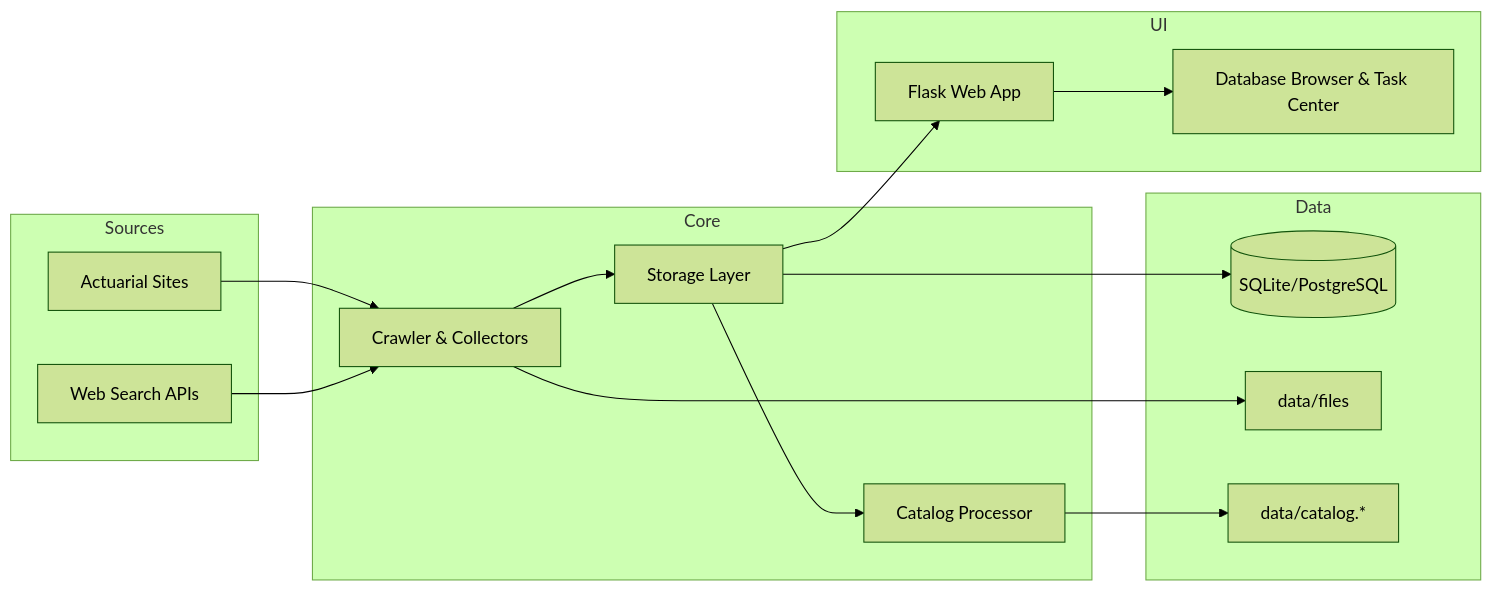
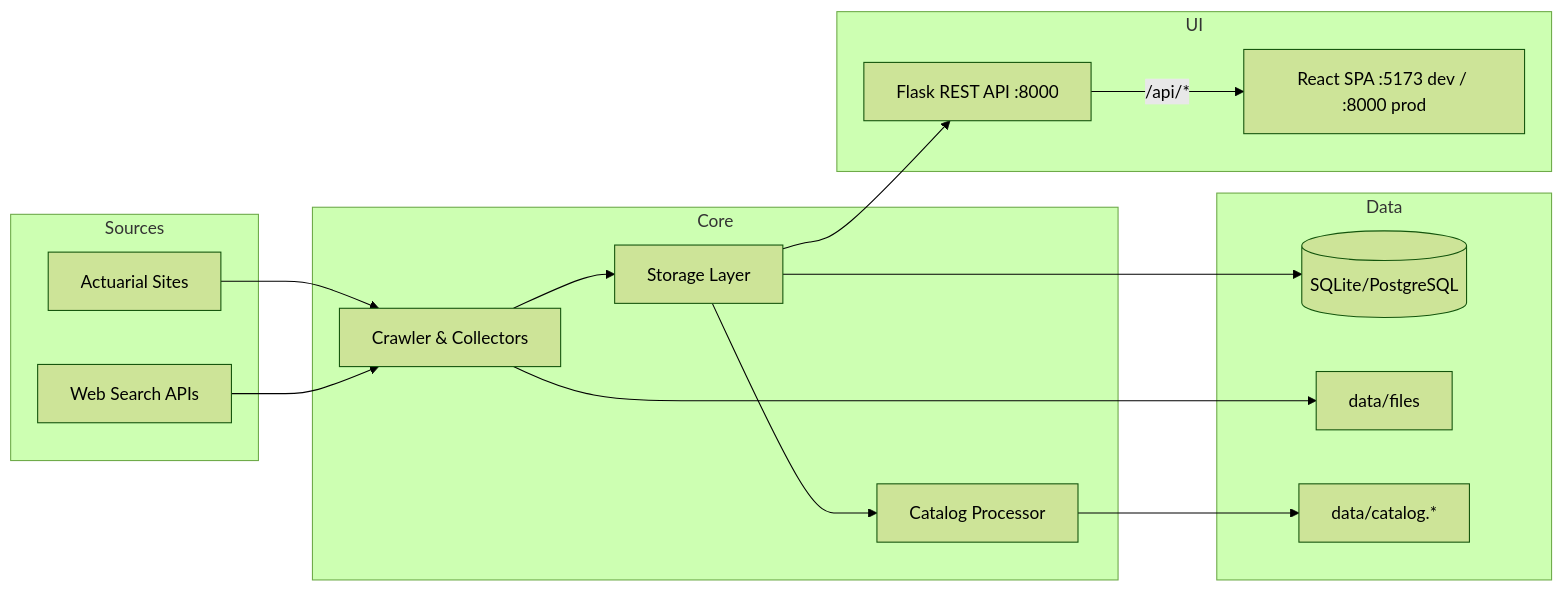
The diagram in README.md (ferryhe/AI_actuarial_inforsearch), drawn with Mermaid (forest theme) before and after one commit. The commit also changed other lines of this file and 1 other file, not shown here.

Commit message:
Add frontend architecture explanation and startup guide to README

````diff
--- a/README.md
+++ b/README.md
@@ -147,31 +222,31 @@
 ```mermaid
 flowchart LR
     subgraph Sources
         A[Actuarial Sites]
         B[Web Search APIs]
     end
     subgraph Core
         C[Crawler & Collectors]
         D[Storage Layer]
         E[Catalog Processor]
     end
     subgraph Data
         F[(SQLite/PostgreSQL)]
         G[data/files]
         H[data/catalog.*]
     end
     subgraph UI
-        I[Flask Web App]
-        J[Database Browser & Task Center]
+        I[Flask REST API :8000]
+        J[React SPA :5173 dev / :8000 prod]
     end
 
     A --> C
     B --> C
     C --> D
     C --> G
     D --> F
     E --> H
     D --> E
     D --> I
-    I --> J
+    I -->|/api/*| J
 ```
````
